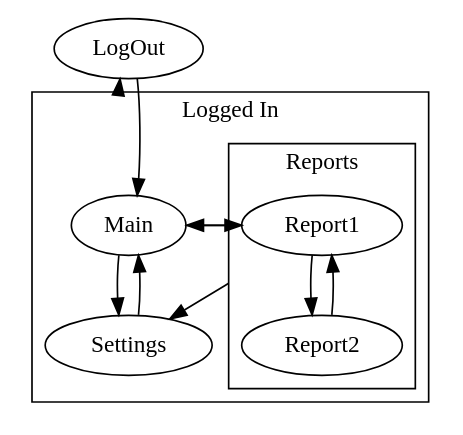
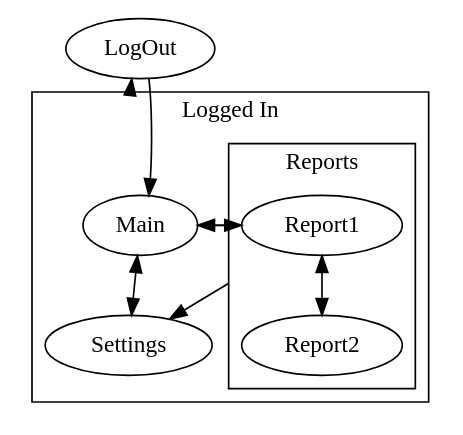
Before and after one commit to hwayne/learntla-v2: the second of 2 diagrams in docs/topics/state-machines.rst, drawn with Graphviz. The commit also changed 10 other files, not shown here.

Commit message:
Fix index page, some graphviz diagrams

```diff
--- a/docs/topics/state-machines.rst
+++ b/docs/topics/state-machines.rst
@@ -79,23 +79,21 @@
 .. digraph:: hsl
 
   compound=true;
 
   LogOut
   
     LogOut -> Main;
   subgraph cluster_app {
     label="Logged In";
-    Main -> Settings;
-    Settings -> Main;
+    Main -> Settings [dir=both];
     Main -> Report1[ltail="cluster_app"];
     Report1 -> {Main Settings}[ltail="cluster_reports"];
     
     subgraph cluster_reports {
       label=Reports
       Report1;
       Report2;
-      Report1 -> Report2;
-      Report2 -> Report1;
+      Report1 -> Report2[dir=both];
     }
   }
   Main -> LogOut[ltail="cluster_app"];
```
